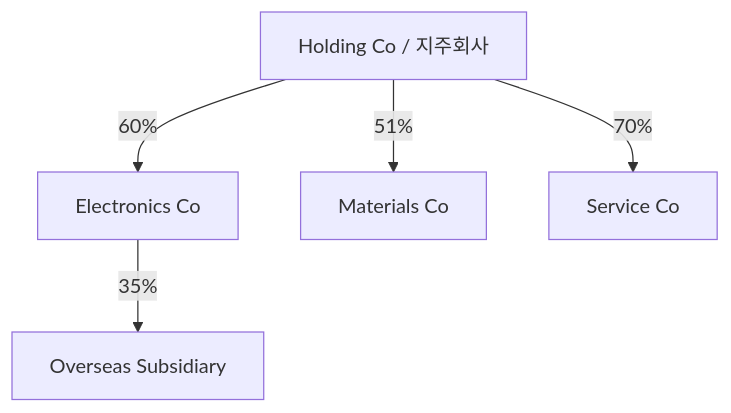
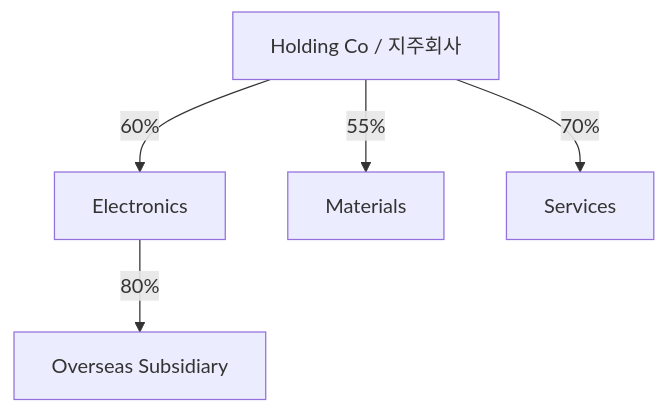
Before and after one commit to hunggtham/learning-docs: the diagram in korea_business_economy_knowledge_library/05_group_structure_affiliates_holding_companies.md, drawn with Mermaid. The commit also changed other lines of this file, not shown here.

Commit message:
Rewrite group structure affiliates and holding companies chapter

````diff
--- a/korea_business_economy_knowledge_library/05_group_structure_affiliates_holding_companies.md
+++ b/korea_business_economy_knowledge_library/05_group_structure_affiliates_holding_companies.md
@@ -19,7 +132,7 @@
 ```mermaid
 graph TD
-    H[Holding Co / 지주회사] -->|60%| A[Electronics Co]
-    H -->|51%| B[Materials Co]
-    H -->|70%| C[Service Co]
-    A -->|35%| D[Overseas Subsidiary]
+    H[Holding Co / 지주회사] -->|60%| A[Electronics]
+    H -->|55%| B[Materials]
+    H -->|70%| C[Services]
+    A -->|80%| D[Overseas Subsidiary]
 ```
````
